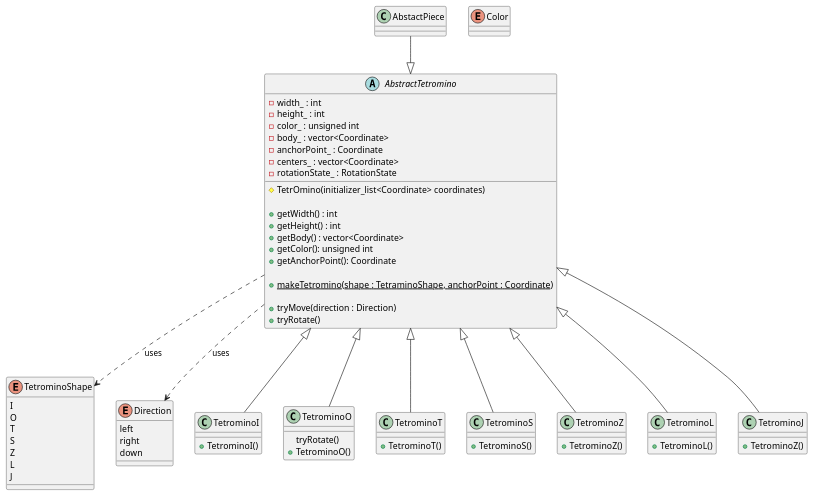
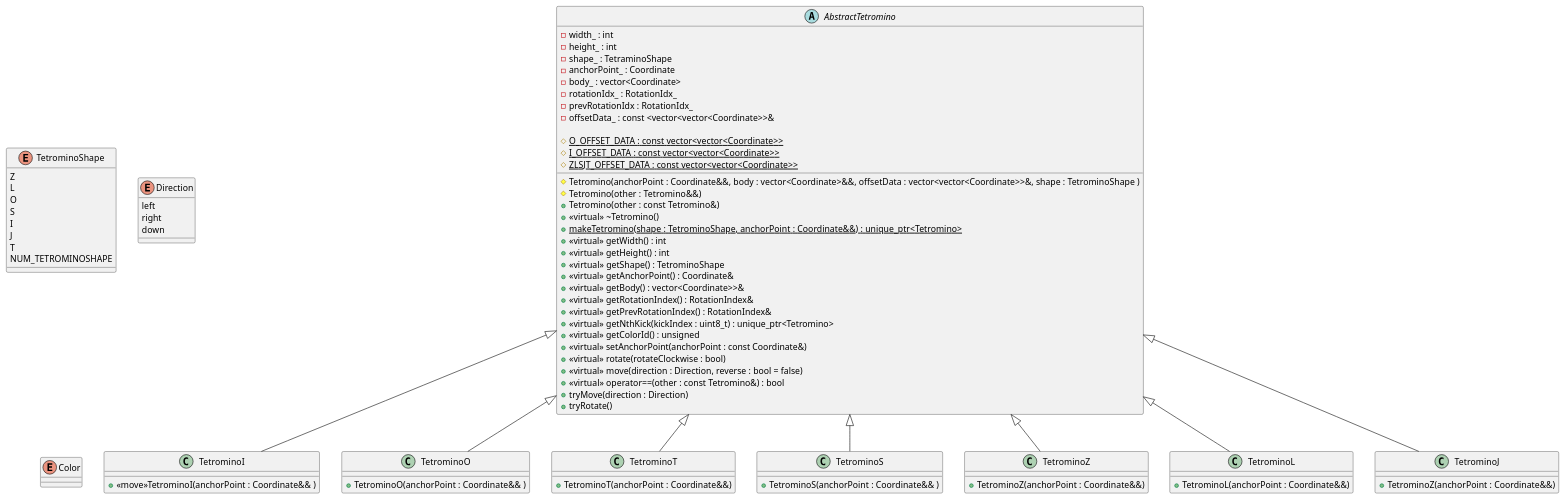
The diagram in SRD-DOC/uml/class/game/Tetrominoes.plantuml (ulb-info2-group5/Royal-Blocks), drawn with PlantUML before and after one commit. The commit also changed 2 other files, not shown here.

Commit message:
Tetramino class update but not yet finished I will continue later

```diff
--- a/SRD-DOC/uml/class/game/Tetrominoes.plantuml
+++ b/SRD-DOC/uml/class/game/Tetrominoes.plantuml
@@ -1,90 +1,114 @@
 @startuml (id=Tetromino)
 
 ' skinparam class {
 '     BackgroundColor AntiqueWhite
 ' }
 
+'is the Tetromino class still an abstract class ?'
 abstract class AbstractTetromino {
     - width_ : int
     - height_ : int
-    - color_ : unsigned int
+    - shape_ : TetraminoShape
+    - anchorPoint_ : Coordinate
     - body_ : vector<Coordinate>
-    - anchorPoint_ : Coordinate
-    'coordinate of the center's for all 4 rotation states
-    - centers_ : vector<Coordinate>
-    - rotationState_ : RotationState
+    '----SRS----'
+    -rotationIdx_ : RotationIdx_
+    -prevRotationIdx : RotationIdx_
+    -offsetData_ : const <vector<vector<Coordinate>>&
+    
+    '----kick data----'
+    # {static} O_OFFSET_DATA : const vector<vector<Coordinate>>
+    # {static} I_OFFSET_DATA : const vector<vector<Coordinate>>
+    # {static} ZLSJT_OFFSET_DATA : const vector<vector<Coordinate>>
+    '----Constructor----'
+    # Tetromino(anchorPoint : Coordinate&&, body : vector<Coordinate>&&, offsetData : vector<vector<Coordinate>>&, shape : TetrominoShape )
+    #Tetromino(other : Tetromino&&)
+    + Tetromino(other : const Tetromino&)
+    '----Destructor----'
+    + <<virtual>> ~Tetromino()
+    '----Factory----'
+    + {static} makeTetromino(shape : TetrominoShape, anchorPoint : Coordinate&&) : unique_ptr<Tetromino>
+    '----Getters----'
+    + <<virtual>> getWidth() : int  
+    + <<virtual>> getHeight() : int
+    + <<virtual>> getShape() : TetrominoShape
+    + <<virtual>> getAnchorPoint() : Coordinate&
+    + <<virtual>> getBody() : vector<Coordinate>>&
+    + <<virtual>> getRotationIndex() : RotationIndex&
+    + <<virtual>> getPrevRotationIndex() : RotationIndex&
+    '+ <<virtual>> getNumOfTests() : uint8_t'
+    + <<virtual>> getNthKick(kickIndex : uint8_t) : unique_ptr<Tetromino>
+    + <<virtual>> getColorId() : unsigned
+    '----Setters----'
+    + <<virtual>> setAnchorPoint(anchorPoint : const Coordinate&)
+    '----Action----'
+    + <<virtual>> rotate(rotateClockwise : bool) 
+    + <<virtual>> move(direction : Direction, reverse : bool = false)
+    '----Comparisions----'
+    + <<virtual>> operator==(other : const Tetromino&) : bool
+    '----Output----'
+ 
 
-    # TetrOmino(initializer_list<Coordinate> coordinates)
 
-    + getWidth() : int  
-    + getHeight() : int
-    + getBody() : vector<Coordinate>
-    + getColor(): unsigned int
-    + getAnchorPoint(): Coordinate
-
-    'factory
-    + {static} makeTetromino(shape : TetraminoShape, anchorPoint : Coordinate)
 
     + tryMove(direction : Direction)
     + tryRotate()
 }
 
 
 enum TetrominoShape {
+    Z 
+    L
+    O
+    S
     I
-    O
+    J
     T
-    S
-    Z
-    L
-    J
+    NUM_TETROMINOSHAPE
+
 }
 
 enum Direction {
     left
     right
     down
 }
 
 
 enum Color {
 
 }
 
 
 class TetrominoI extends AbstractTetromino { 
-    +TetrominoI()
+    ' <<move >> is just to clarify that it's a move constructor'
+    +<<move>>TetrominoI(anchorPoint : Coordinate&& ) 
 }
-
 class TetrominoO extends AbstractTetromino { 
-    'overriding'
-    tryRotate()
-    +TetrominoO()
+    +TetrominoO(anchorPoint : Coordinate&& )
 
 }
-
 class TetrominoT extends AbstractTetromino { 
-    +TetrominoT()
+    +TetrominoT(anchorPoint : Coordinate&&)
 }
 
 class TetrominoS extends AbstractTetromino { 
-    +TetrominoS()
+    +TetrominoS(anchorPoint : Coordinate&& )
 }
 
 class TetrominoZ extends AbstractTetromino { 
-    +TetrominoZ()
+    +TetrominoZ(anchorPoint : Coordinate&&)
 }
 
 class TetrominoL extends AbstractTetromino { 
-    +TetrominoL()
+    +TetrominoL(anchorPoint : Coordinate&&)
 }
 
 class TetrominoJ extends AbstractTetromino { 
-    +TetrominoZ()
+    +TetrominoZ(anchorPoint : Coordinate&&)
 }
 
-AbstactPiece --|> AbstractTetromino
-AbstractTetromino.-> TetrominoShape : uses
-AbstractTetromino .-> Direction : uses
+' AbstractTetromino.-> TetrominoShape : uses
+' AbstractTetromino .-> Direction : uses
 
 @enduml
```
